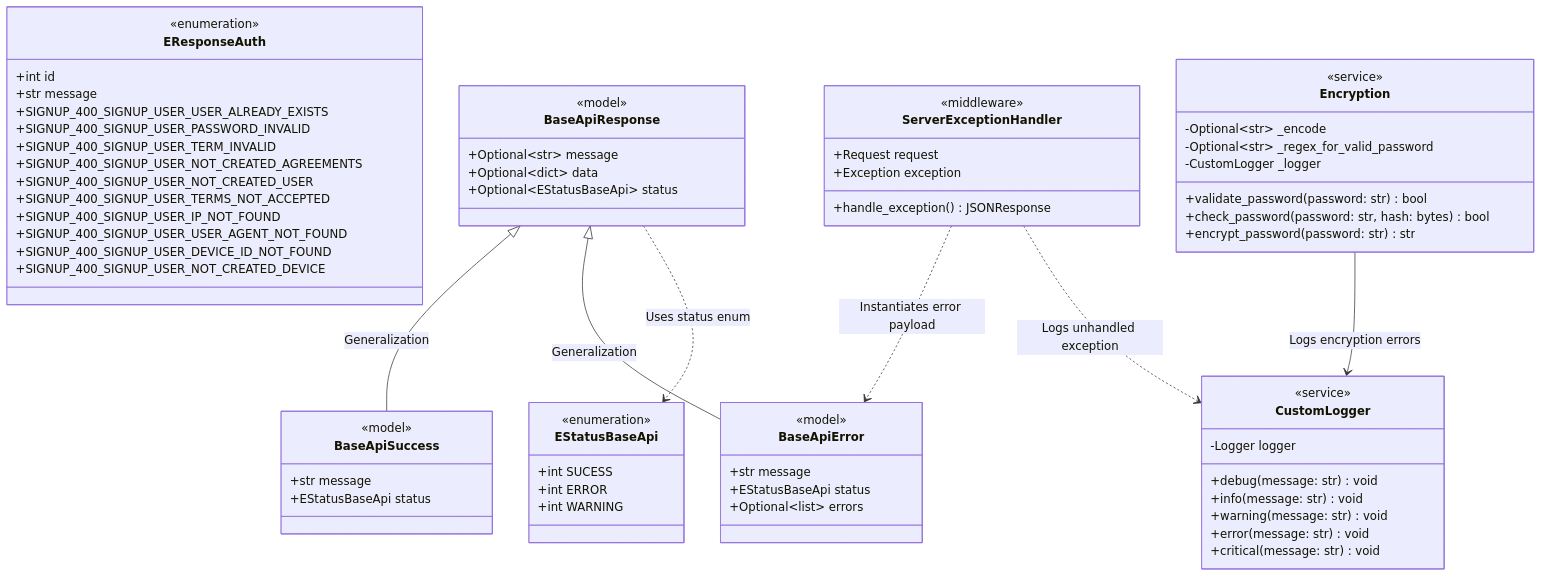
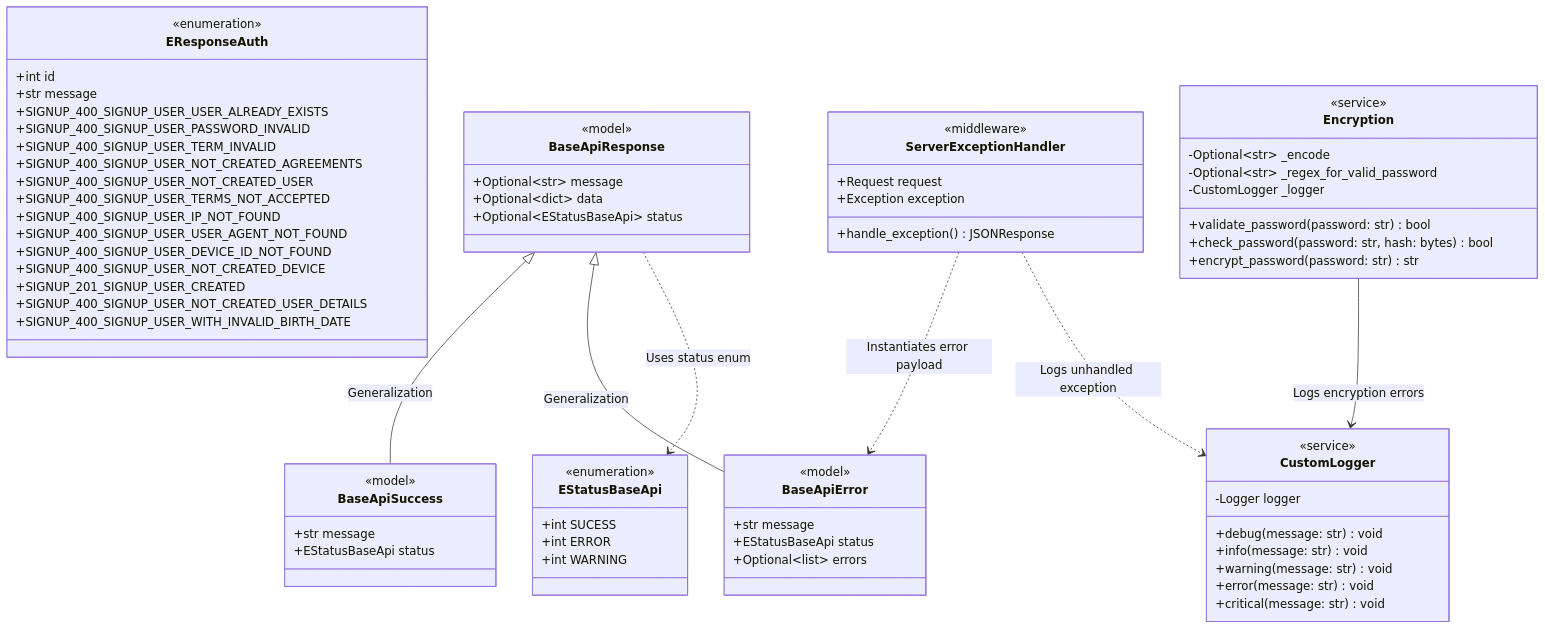
One commit to pedrovtof/Nievo-Sofia changed the first of 2 diagrams in Documentation/config/docs/backend/domain/auth.md. Above: the diagram before and after it, drawn with Mermaid. The commit also changed other lines of this file and 27 other files, not shown here.

First line of the commit message:
feat(auth): add user details persistence and atomic signup transaction

```diff
--- a/Documentation/config/docs/backend/domain/auth.md
+++ b/Documentation/config/docs/backend/domain/auth.md
@@ -36,6 +36,9 @@
         +SIGNUP_400_SIGNUP_USER_USER_AGENT_NOT_FOUND
         +SIGNUP_400_SIGNUP_USER_DEVICE_ID_NOT_FOUND
         +SIGNUP_400_SIGNUP_USER_NOT_CREATED_DEVICE
+        +SIGNUP_201_SIGNUP_USER_CREATED
+        +SIGNUP_400_SIGNUP_USER_NOT_CREATED_USER_DETAILS
+        +SIGNUP_400_SIGNUP_USER_WITH_INVALID_BIRTH_DATE
     }
 
     class BaseApiResponse {
```
